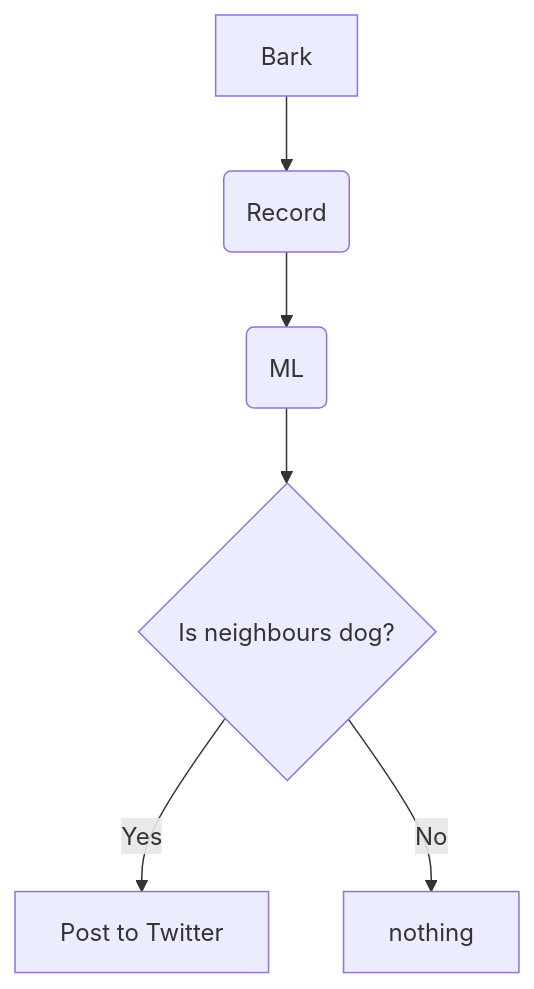
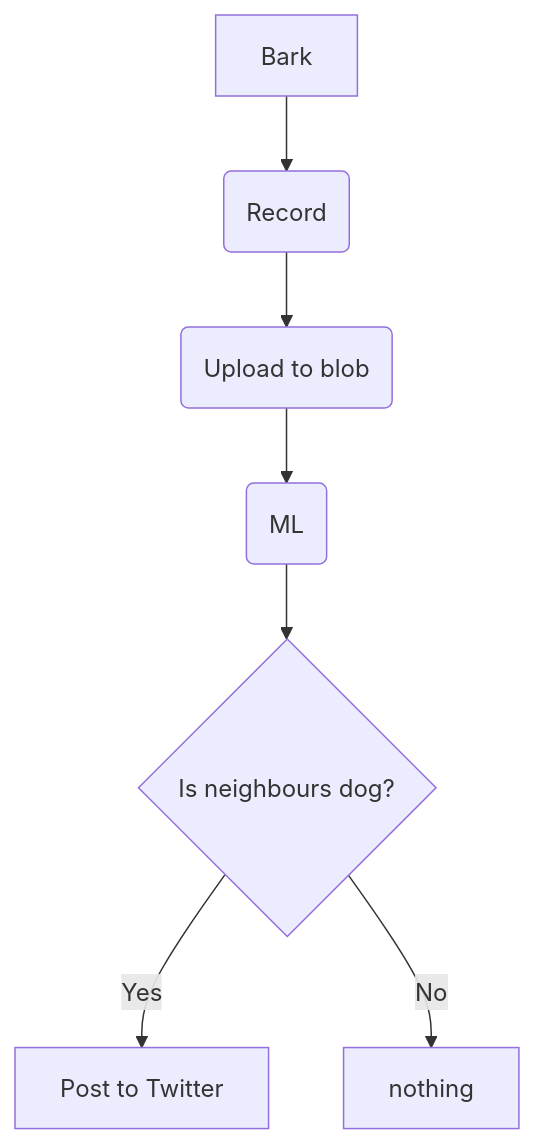
One commit to peterbb148/vovvov changed the diagram in README.md. Above: the diagram before and after it, drawn with Mermaid.

````diff
--- a/README.md
+++ b/README.md
@@ -15,7 +15,7 @@
 ```mermaid
 graph TD
-    A[Bark] --> B2(Record) --> B3(ML)
-    B3 --> C{Is neighbours dog?}
+    A[Bark] --> B2(Record) --> B3(Upload to blob) --> B4(ML)
+    B4 --> C{Is neighbours dog?}
     C -->|Yes| D[Post to Twitter]
     C -->|No| E[nothing]
 ```
````
